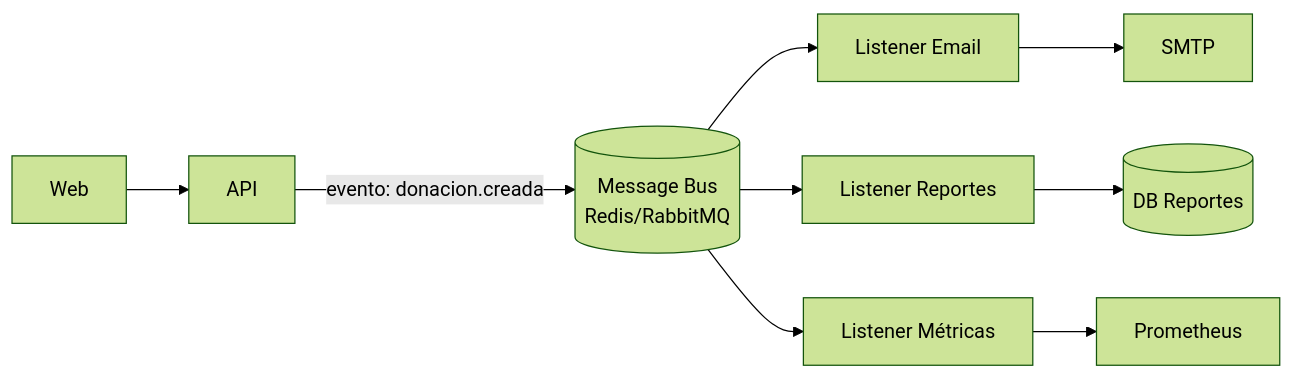
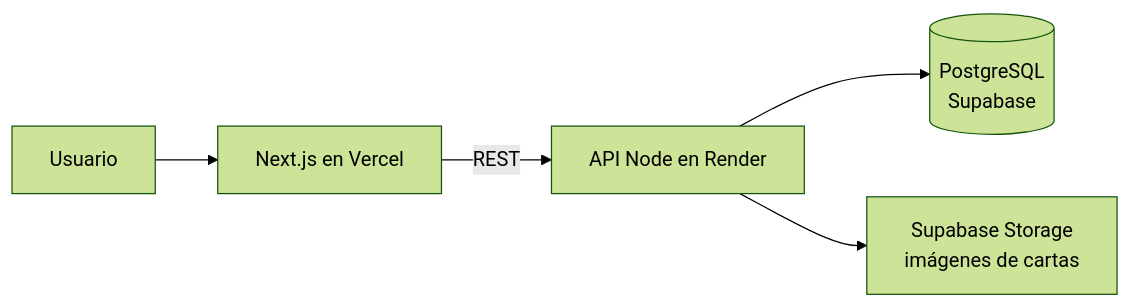
The ninth of 14 diagrams in Ejercicio_6_Patrones_Arquitectura_y_Despliegue.md (Umbingelelo/ejercicios-portafolio_titulo-001V), drawn with Mermaid (forest theme) before and after one commit. The commit also changed other lines of this file, not shown here.

````diff
--- a/Ejercicio_6_Patrones_Arquitectura_y_Despliegue.md
+++ b/Ejercicio_6_Patrones_Arquitectura_y_Despliegue.md
@@ -1781,11 +1382,7 @@
 ```mermaid
 flowchart LR
-    W[Web] --> API[API]
-    API -->|evento: donacion.creada| BUS[(Message Bus<br/>Redis/RabbitMQ)]
-    BUS --> L1[Listener Email]
-    BUS --> L2[Listener Reportes]
-    BUS --> L3[Listener Métricas]
-    L1 --> MAIL[SMTP]
-    L2 --> DB[(DB Reportes)]
-    L3 --> PROM[Prometheus]
+    U[Usuario] --> WEB[Next.js en Vercel]
+    WEB -->|REST| API[API Node en Render]
+    API --> DB[(PostgreSQL<br/>Supabase)]
+    API --> S3[Supabase Storage<br/>imágenes de cartas]
 ```
````
